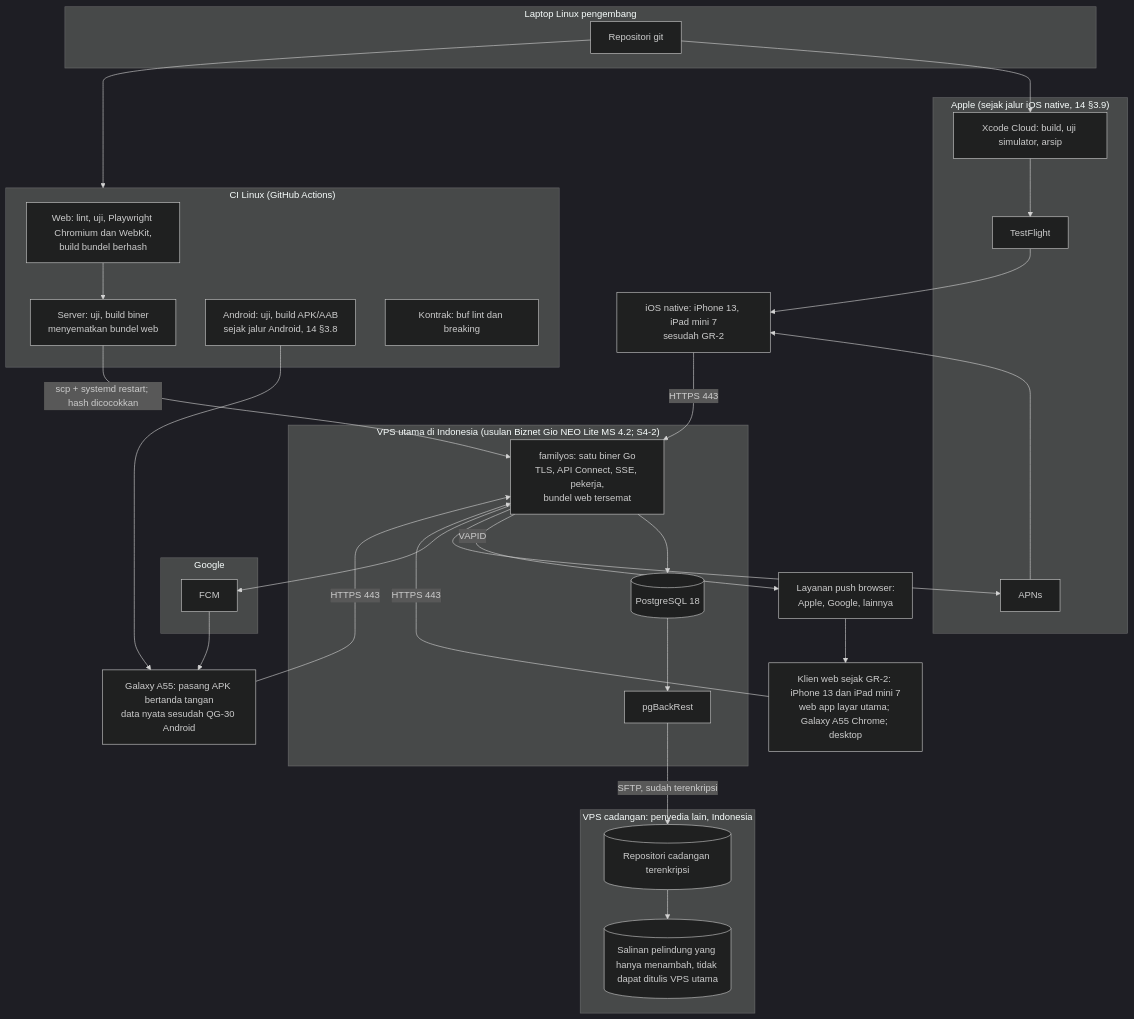
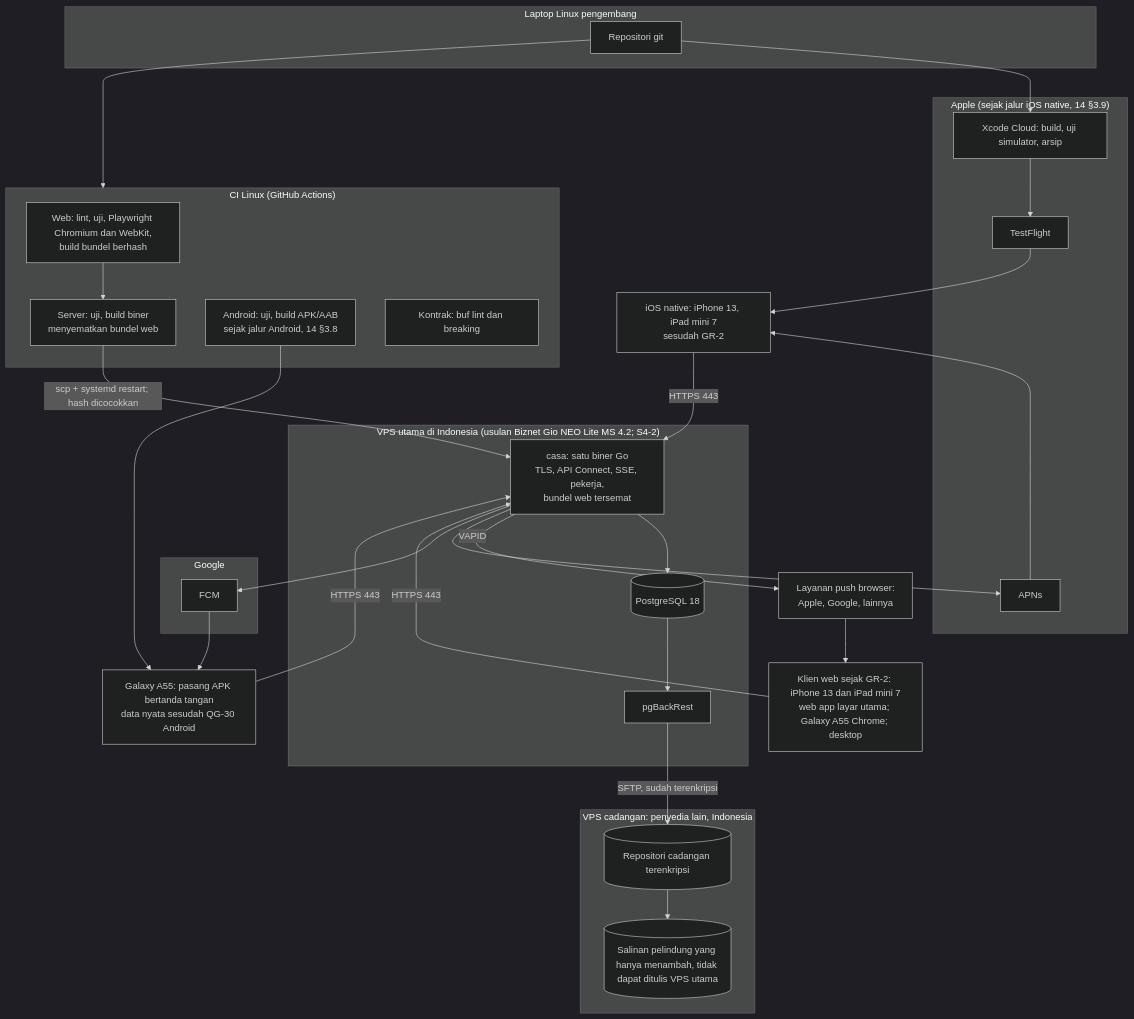
The diagram in docs/09-technical-architecture/04-operasi-uji-biaya.md (abiyanzimran/casa), drawn with Mermaid (dark theme) before and after one commit. The commit also changed other lines of this file and 8 other files, not shown here.

````diff
--- a/docs/09-technical-architecture/04-operasi-uji-biaya.md
+++ b/docs/09-technical-architecture/04-operasi-uji-biaya.md
@@ -9,42 +9,42 @@
 ```mermaid
 flowchart TB
   subgraph dev["Laptop Linux pengembang"]
     GIT[Repositori git]
   end
   subgraph gh["CI Linux (GitHub Actions)"]
     CIW[Web: lint, uji, Playwright Chromium dan WebKit,<br/>build bundel berhash]
     CI1[Server: uji, build biner<br/>menyematkan bundel web]
     CI2[Android: uji, build APK/AAB<br/>sejak jalur Android, 14 §3.8]
     CI3[Kontrak: buf lint dan breaking]
   end
   subgraph apple["Apple (sejak jalur iOS native, 14 §3.9)"]
     XC[Xcode Cloud: build, uji simulator, arsip]
     TF[TestFlight]
     APNS[APNs]
   end
   subgraph google["Google"]
     FCM[FCM]
   end
   WPS[Layanan push browser:<br/>Apple, Google, lainnya]
   subgraph vps1["VPS utama di Indonesia (usulan Biznet Gio NEO Lite MS 4.2; S4-2)"]
-    APP[familyos: satu biner Go<br/>TLS, API Connect, SSE, pekerja,<br/>bundel web tersemat]
+    APP[casa: satu biner Go<br/>TLS, API Connect, SSE, pekerja,<br/>bundel web tersemat]
     PG[(PostgreSQL 18)]
     BR[pgBackRest]
   end
   subgraph vps2["VPS cadangan: penyedia lain, Indonesia"]
     REPO[(Repositori cadangan terenkripsi)]
     SNAP[(Salinan pelindung yang hanya menambah, tidak dapat ditulis VPS utama)]
   end
   GIT --> gh
   CIW --> CI1
   BRW[Klien web sejak GR-2: iPhone 13 dan iPad mini 7<br/>web app layar utama; Galaxy A55 Chrome; desktop]
   GIT --> XC --> TF --> IPH[iOS native: iPhone 13, iPad mini 7<br/>sesudah GR-2]
   CI2 --> AND[Galaxy A55: pasang APK bertanda tangan<br/>data nyata sesudah QG-30 Android]
   CI1 -->|scp + systemd restart; hash dicocokkan| APP
   APP --> PG
   PG --> BR -->|SFTP, sudah terenkripsi| REPO --> SNAP
   APP -->|VAPID| WPS --> BRW
   APP --> APNS --> IPH
   APP --> FCM --> AND
   BRW & IPH & AND -->|HTTPS 443| APP
 ```
````
